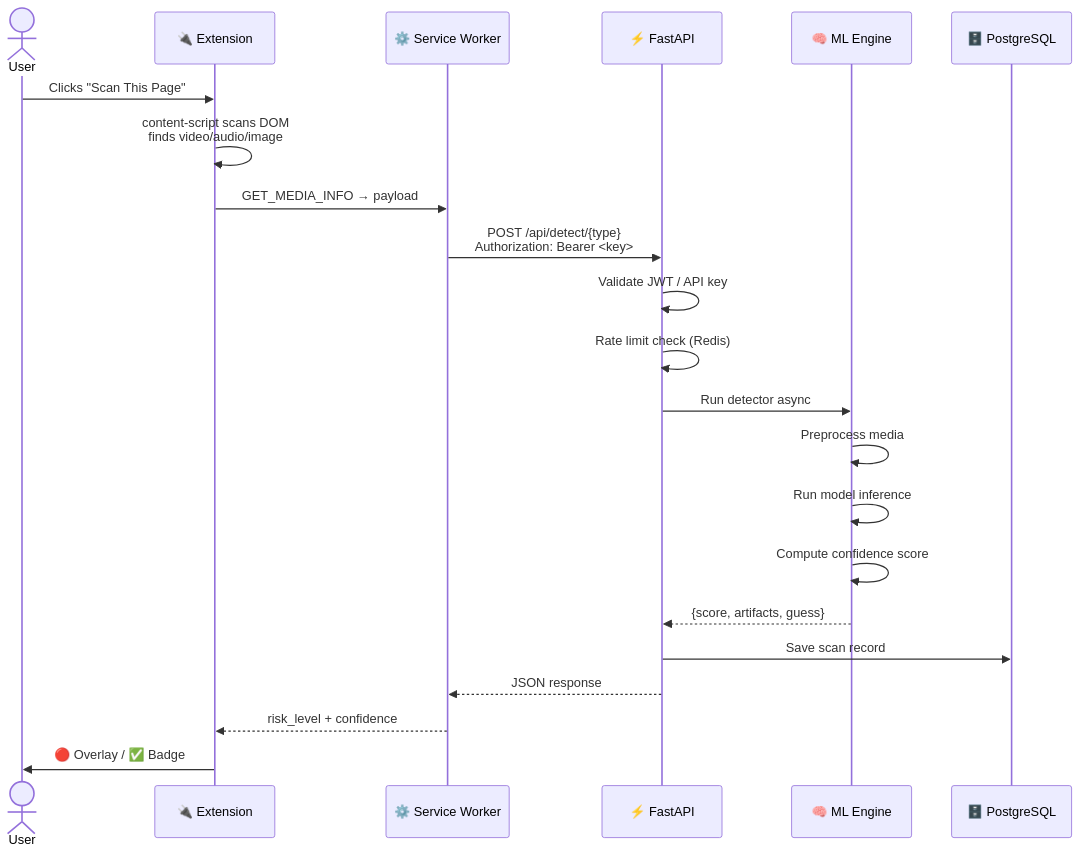
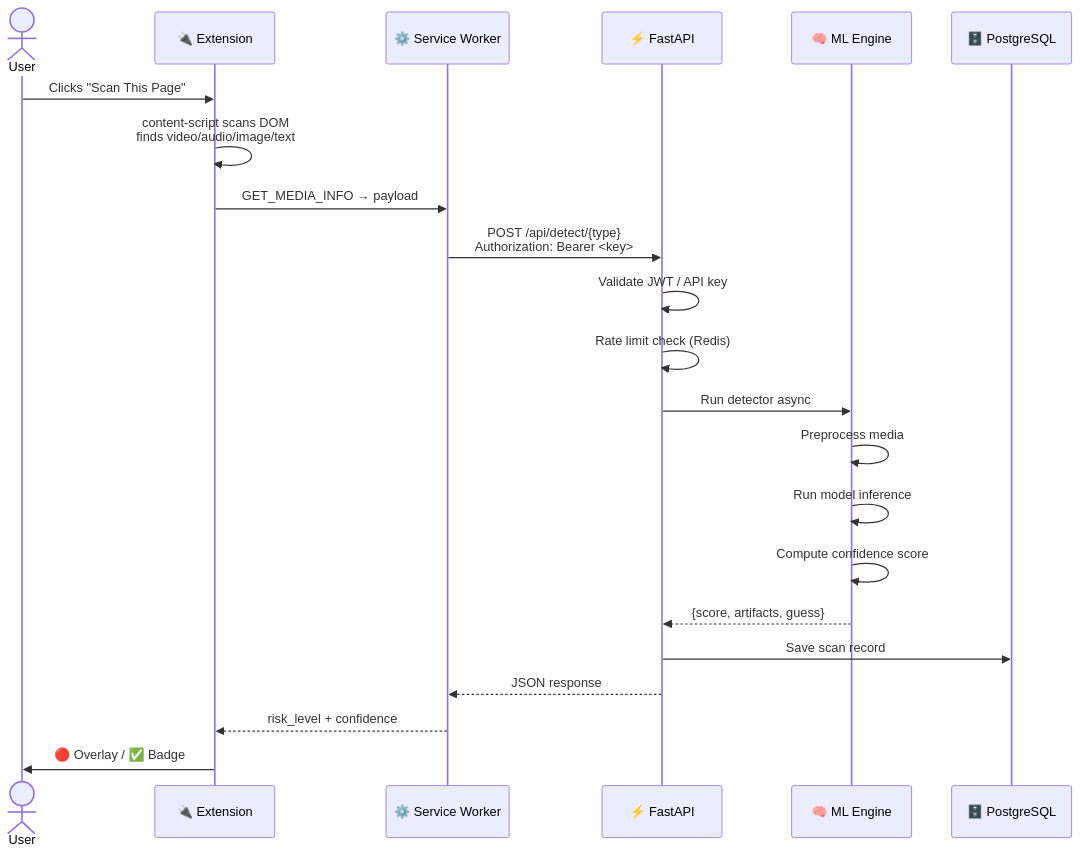
Before and after one commit to Rahulchaube1/TruthLens-: the second of 3 diagrams in README.md, drawn with Mermaid. The commit also changed other lines of this file and 4 other files, not shown here.

````diff
--- a/README.md
+++ b/README.md
@@ -174,25 +212,25 @@
 ```mermaid
 sequenceDiagram
     actor User
     participant EXT as 🔌 Extension
     participant BG  as ⚙️ Service Worker
     participant API as ⚡ FastAPI
     participant ML  as 🧠 ML Engine
     participant DB  as 🗄️ PostgreSQL
 
     User->>EXT: Clicks "Scan This Page"
-    EXT->>EXT: content-script scans DOM<br/>finds video/audio/image
+    EXT->>EXT: content-script scans DOM<br/>finds video/audio/image/text
     EXT->>BG: GET_MEDIA_INFO → payload
     BG->>API: POST /api/detect/{type}<br/>Authorization: Bearer <key>
     API->>API: Validate JWT / API key
     API->>API: Rate limit check (Redis)
     API->>ML: Run detector async
     ML->>ML: Preprocess media
     ML->>ML: Run model inference
     ML->>ML: Compute confidence score
     ML-->>API: {score, artifacts, guess}
     API->>DB: Save scan record
     API-->>BG: JSON response
     BG-->>EXT: risk_level + confidence
     EXT->>User: 🔴 Overlay / ✅ Badge
 ```
````
